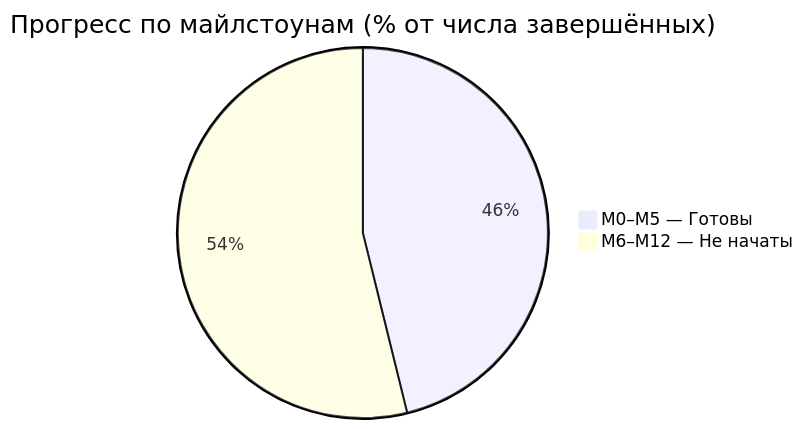
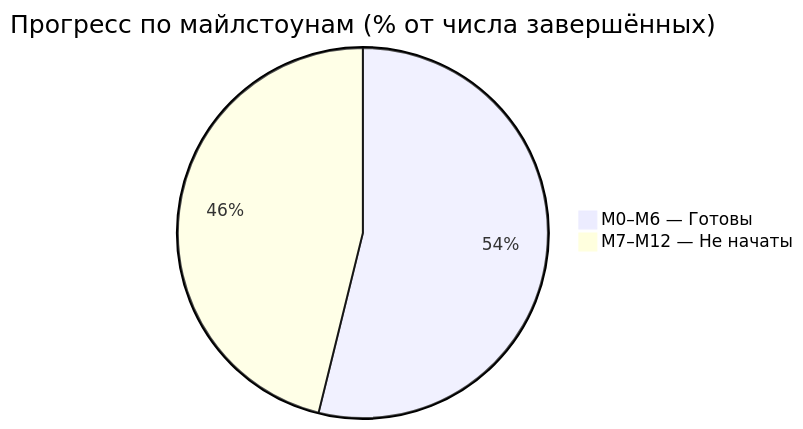
The diagram in Docs-Vault/00 - Dashboard.md (arcsymer/diplomaGame), drawn with Mermaid before and after one commit. The commit also changed other lines of this file and 28 other files, not shown here.

````diff
--- a/Docs-Vault/00 - Dashboard.md
+++ b/Docs-Vault/00 - Dashboard.md
@@ -29,5 +29,5 @@
 ```mermaid
 pie title Прогресс по майлстоунам (% от числа завершённых)
-    "M0–M5 — Готовы" : 6
-    "M6–M12 — Не начаты" : 7
+    "M0–M6 — Готовы" : 7
+    "M7–M12 — Не начаты" : 6
 ```
````
